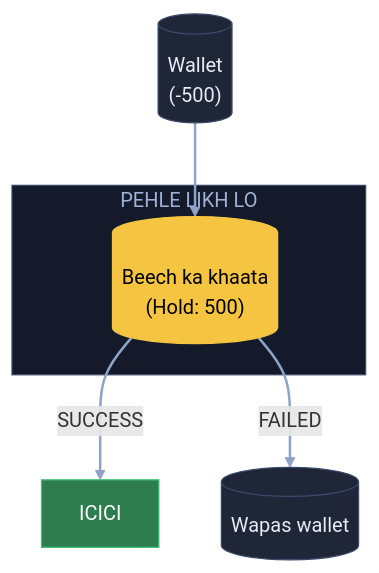
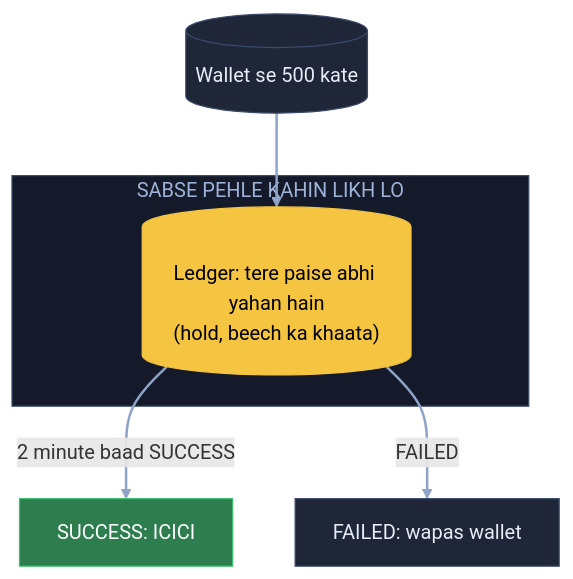
The seventh of 11 diagrams in 04_HLD/SYSTEM_DESIGNS/06_payment_system/06_payment_system.md (ArpanMaheshwari144/Prep), drawn with Mermaid before and after one commit. The commit also changed other lines of this file, not shown here.

Commit message:
Payment: 11 diagram hand notes ke shabdon se, K4 heading 'fallback tareeka'

````diff
--- a/04_HLD/SYSTEM_DESIGNS/06_payment_system/06_payment_system.md
+++ b/04_HLD/SYSTEM_DESIGNS/06_payment_system/06_payment_system.md
@@ -204,18 +207,18 @@
 ```mermaid
 flowchart TB
-    W[("Wallet<br/>(-500)")]:::card
-    subgraph PL["PEHLE LIKH LO"]
-        H[("Beech ka khaata<br/>(Hold: 500)")]:::pill
+    W[("Wallet se 500 kate")]:::card
+    subgraph LK["SABSE PEHLE KAHIN LIKH LO"]
+        H[("Ledger: tere paise abhi yahan hain<br/>(hold, beech ka khaata)")]:::pill
     end
-    I["ICICI"]:::good
-    W2[("Wapas wallet")]:::card
+    I["SUCCESS: ICICI"]:::good
+    B["FAILED: wapas wallet"]:::card
     W --> H
-    H -- "SUCCESS" --> I
-    H -- "FAILED" --> W2
+    H -- "2 minute baad SUCCESS" --> I
+    H -- "FAILED" --> B
     linkStyle default stroke:#8fa3c7,stroke-width:2px
     classDef card fill:#1e2638,stroke:#3a4a6b,color:#e8ecf5
     classDef pill fill:#f5c542,stroke:#f5c542,color:#000
     classDef good fill:#2e7d4f,stroke:#3fbf6f,color:#fff
     classDef bad fill:#5c1f24,stroke:#e05561,color:#fff
-    style PL fill:#141a29,stroke:#3a4a6b,color:#9fb3d9
+    style LK fill:#141a29,stroke:#3a4a6b,color:#9fb3d9
 ```
````
